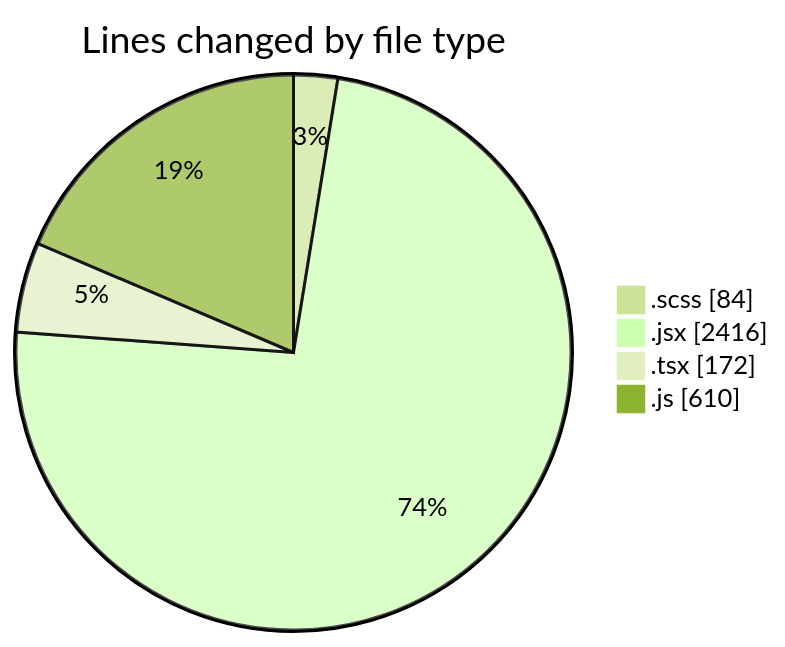
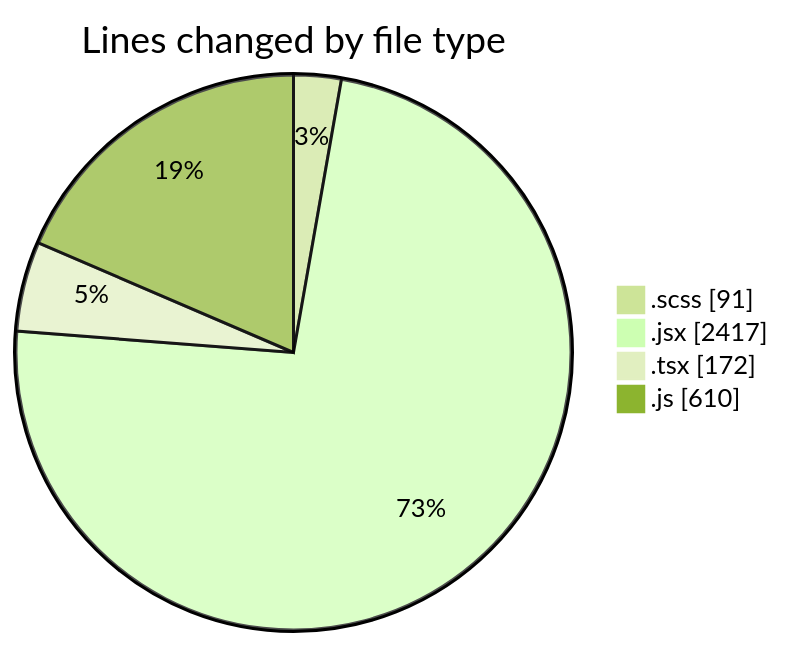
One commit to momahboobian/code-tracking changed the first of 2 diagrams in 2025-06-03/cda/README.md. Above: the diagram before and after it, drawn with Mermaid (forest theme). The commit also changed other lines of this file and 1 other file, not shown here.

````diff
--- a/2025-06-03/cda/README.md
+++ b/2025-06-03/cda/README.md
@@ -27,8 +27,8 @@
 ```mermaid
 pie showData
 title Lines changed by file type
-".scss" : 84
-".jsx" : 2416
+".scss" : 91
+".jsx" : 2417
 ".tsx" : 172
 ".js" : 610
 ```
````
